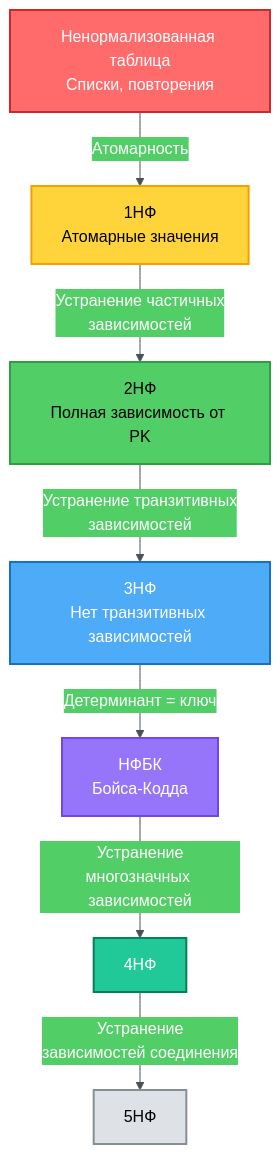
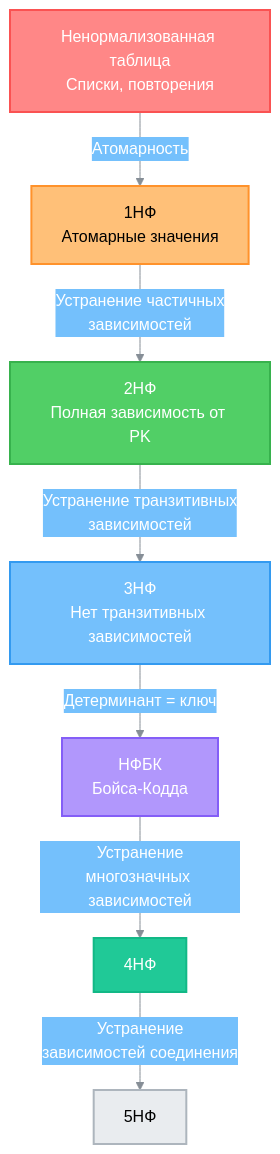
One commit to alx314vo/db_exam changed the fourth of 23 diagrams in db_exam.md. Above: the diagram before and after it, drawn with Mermaid. The commit also changed other lines of this file, not shown here.

````diff
--- a/db_exam.md
+++ b/db_exam.md
@@ -266,18 +266,18 @@
 ```mermaid
-%%{init: {'theme':'base', 'themeVariables': {'primaryColor':'#ff6b6b','primaryTextColor':'#fff','primaryBorderColor':'#c92a2a','lineColor':'#495057','secondaryColor':'#51cf66','tertiaryColor':'#ffd43b'}}}%%
+%%{init: {'theme':'base', 'themeVariables': {'primaryColor':'#868e96','primaryTextColor':'#fff','primaryBorderColor':'#495057','lineColor':'#868e96','secondaryColor':'#74c0fc','tertiaryColor':'#ffc078','background':'#ffffff','textColor':'#212529'}}}%%
 graph TD
     A[Ненормализованная таблица<br/>Списки, повторения] -->|Атомарность| B[1НФ<br/>Атомарные значения]
     B -->|Устранение частичных<br/>зависимостей| C[2НФ<br/>Полная зависимость от PK]
     C -->|Устранение транзитивных<br/>зависимостей| D[3НФ<br/>Нет транзитивных зависимостей]
     D -->|Детерминант = ключ| E[НФБК<br/>Бойса-Кодда]
     E -->|Устранение<br/>многозначных зависимостей| F[4НФ]
     F -->|Устранение<br/>зависимостей соединения| G[5НФ]
     
-    style A fill:#ff6b6b,stroke:#c92a2a,stroke-width:2px,color:#fff
-    style B fill:#ffd43b,stroke:#f59f00,stroke-width:2px,color:#000
-    style C fill:#51cf66,stroke:#2f9e44,stroke-width:2px,color:#000
-    style D fill:#4dabf7,stroke:#1971c2,stroke-width:2px,color:#fff
-    style E fill:#9775fa,stroke:#7048e8,stroke-width:2px,color:#fff
-    style F fill:#20c997,stroke:#087f5b,stroke-width:2px,color:#fff
-    style G fill:#dee2e6,stroke:#868e96,stroke-width:2px,color:#000
+    style A fill:#ff8787,stroke:#fa5252,stroke-width:2px,color:#fff
+    style B fill:#ffc078,stroke:#ff922b,stroke-width:2px,color:#000
+    style C fill:#51cf66,stroke:#37b24d,stroke-width:2px,color:#fff
+    style D fill:#74c0fc,stroke:#339af0,stroke-width:2px,color:#fff
+    style E fill:#b197fc,stroke:#845ef7,stroke-width:2px,color:#fff
+    style F fill:#20c997,stroke:#12b886,stroke-width:2px,color:#fff
+    style G fill:#e9ecef,stroke:#adb5bd,stroke-width:2px,color:#000
 ```
````
